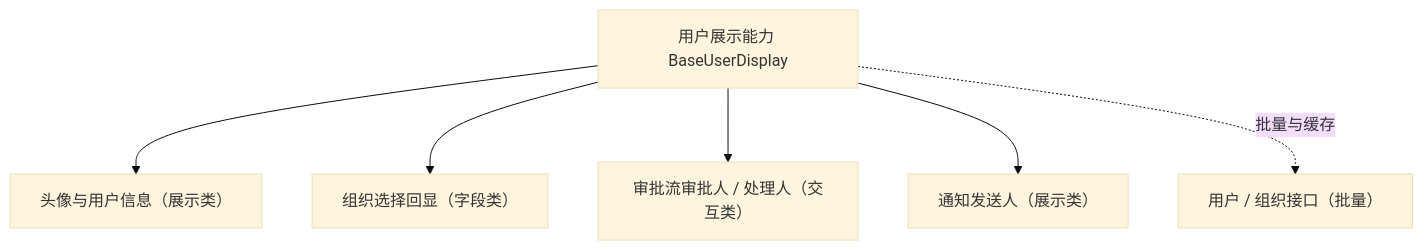
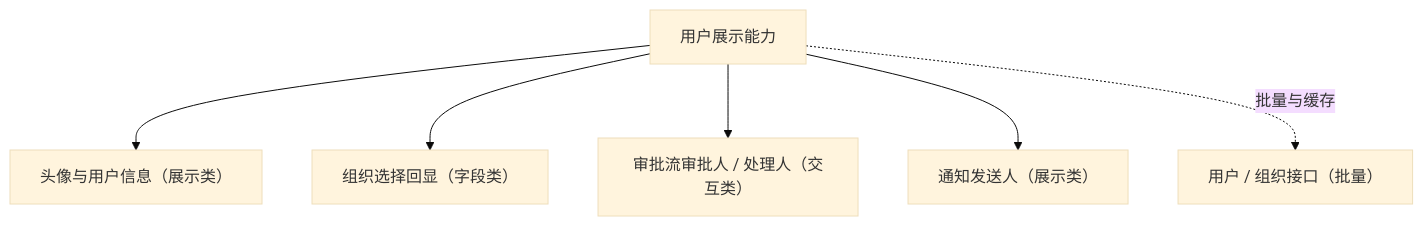
The diagram in bms文档/设计/组件设计/02_基础组件类/02_能力类/19_组件设计_用户展示能力/19_组件设计_用户展示能力.md (minjian123/basic-management-system), drawn with Mermaid (base theme) before and after one commit. The commit also changed other lines of this file and 238 other files, not shown here.

````diff
--- a/bms文档/设计/组件设计/02_基础组件类/02_能力类/19_组件设计_用户展示能力/19_组件设计_用户展示能力.md
+++ b/bms文档/设计/组件设计/02_基础组件类/02_能力类/19_组件设计_用户展示能力/19_组件设计_用户展示能力.md
@@ -15,8 +16,8 @@
 ```mermaid
 flowchart TD
-    U["用户展示能力 BaseUserDisplay"] --> A["头像与用户信息（展示类）"]
+    U["用户展示能力"] --> A["头像与用户信息（展示类）"]
     U --> O["组织选择回显（字段类）"]
     U --> W["审批流审批人 / 处理人（交互类）"]
     U --> N["通知发送人（展示类）"]
     U -. 批量与缓存 .-> API["用户 / 组织接口（批量）"]
 ```
````
